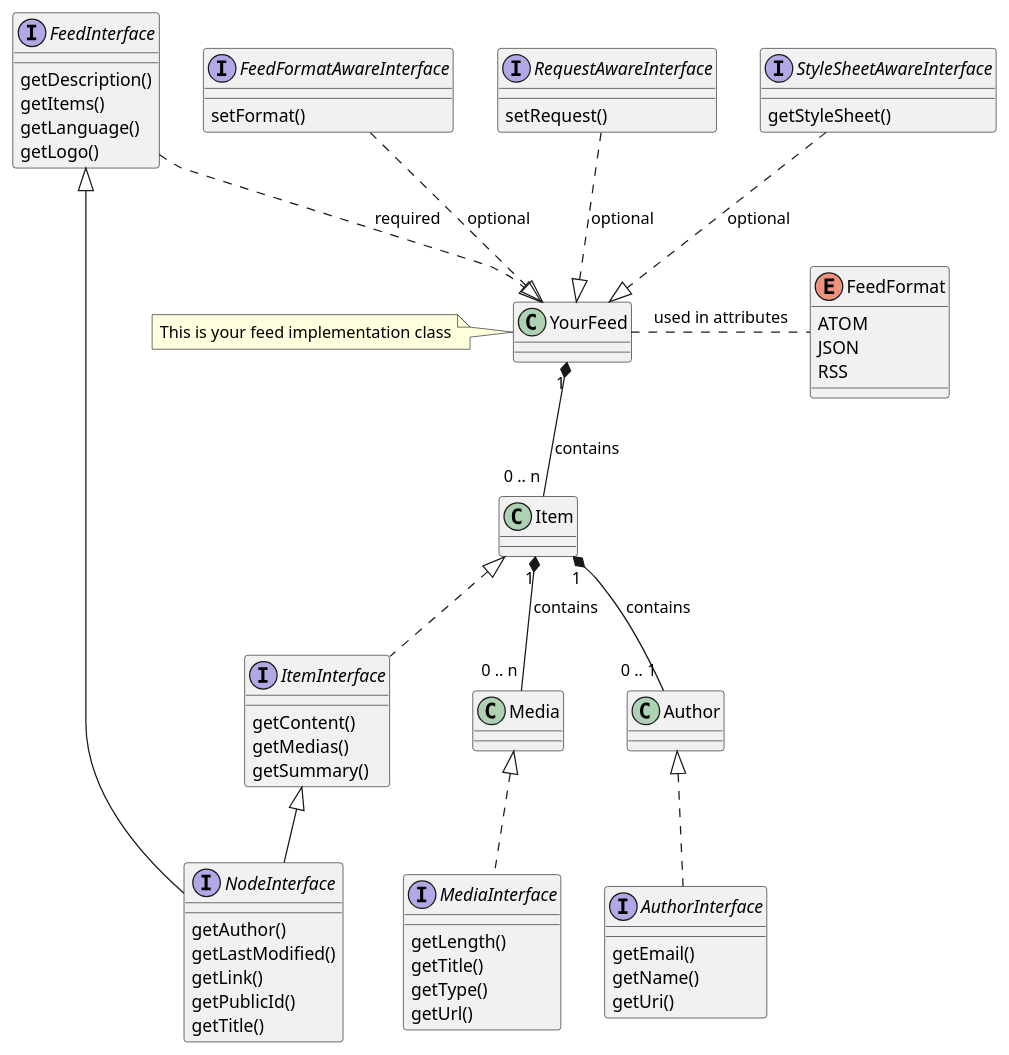
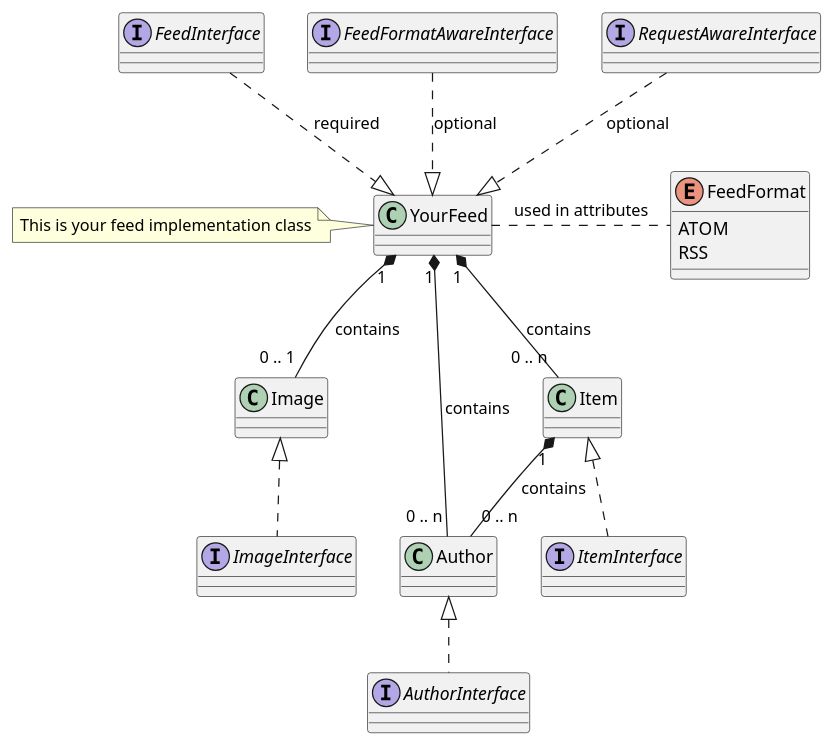
Before and after one commit to brotkrueml/typo3-feed-generator: the diagram in Documentation/API/Index.rst, drawn with PlantUML. The commit also changed other lines of this file and 45 other files, not shown here.

```diff
--- a/Documentation/API/Index.rst
+++ b/Documentation/API/Index.rst
@@ -24,73 +24,38 @@
 .. uml::
 
    enum FeedFormat {
       ATOM
-      JSON
       RSS
    }
 
-   interface AuthorInterface {
-      getEmail()
-      getName()
-      getUri()
-   }
-   interface FeedInterface {
-      getDescription()
-      getItems()
-      getLanguage()
-      getLogo()
-   }
-   interface FeedFormatAwareInterface {
-      setFormat()
-   }
-   interface ItemInterface {
-      getContent()
-      getMedias()
-      getSummary()
-   }
-   interface MediaInterface {
-      getLength()
-      getTitle()
-      getType()
-      getUrl()
-   }
-   interface NodeInterface {
-      getAuthor()
-      getLastModified()
-      getLink()
-      getPublicId()
-      getTitle()
-   }
-   interface RequestAwareInterface {
-      setRequest()
-   }
-   interface StyleSheetAwareInterface {
-      getStyleSheet()
-   }
+   interface AuthorInterface
+   interface FeedInterface
+   interface FeedFormatAwareInterface
+   interface ImageInterface
+   interface ItemInterface
+   interface RequestAwareInterface
 
    class Author
+   class Image
    class Item
-   class Media
 
    class YourFeed
    note left: This is your feed implementation class
 
    YourFeed -[hidden]> FeedFormat
 
-   FeedInterface <|-- NodeInterface
-   ItemInterface <|-- NodeInterface
 
    Author <|.. AuthorInterface
+   Image <|.. ImageInterface
    Item <|.. ItemInterface
-   Media <|.. MediaInterface
 
    FeedInterface ..|> YourFeed : required
    FeedFormatAwareInterface ..|> YourFeed : optional
    RequestAwareInterface ..|> YourFeed : optional
-   StyleSheetAwareInterface ..|> YourFeed : optional
 
-   Item "1" *-- "0 .. 1" Author : contains
-   Item "1" *-- "0 .. n" Media : contains
+   Item "1" *-- "0 .. n" Author : contains
 
+   YourFeed "1" *-- "0 .. n" Author : contains
+   YourFeed "1" *-- "0 .. 1" Image : contains
    YourFeed "1" *-- "0 .. n" Item : contains
    YourFeed .. FeedFormat : used in attributes
```
